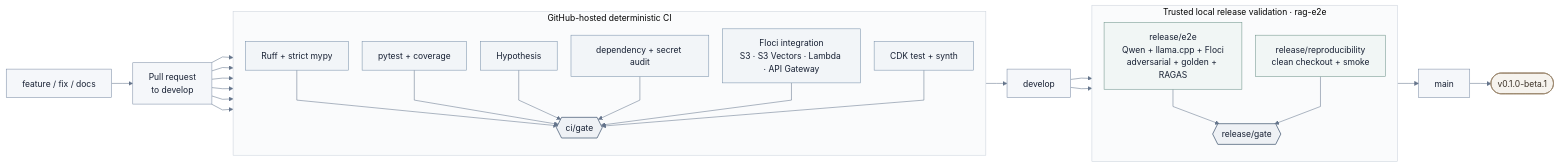
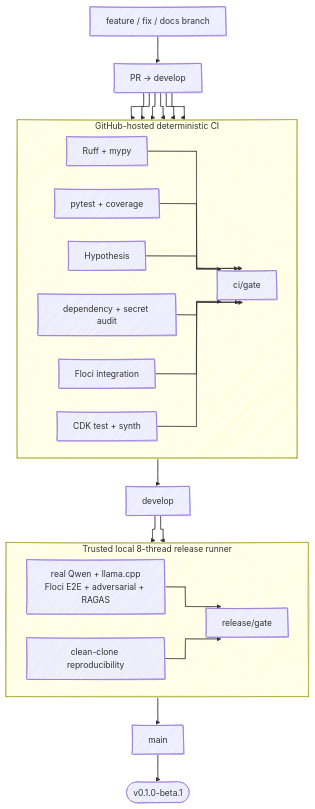
The third of 3 diagrams in README.md (dfc-coder/rag-ops-guard), drawn with Mermaid before and after one commit. The commit also changed other lines of this file, not shown here.

Commit message:
docs: restore original hand-drawn Mermaid diagrams

````diff
--- a/README.md
+++ b/README.md
@@ -280,73 +240,54 @@
 ```mermaid
 ---
 config:
-  look: classic
-  theme: base
-  themeVariables:
-    background: "#FCFCFD"
-    primaryColor: "#F5F7FA"
-    primaryTextColor: "#172033"
-    primaryBorderColor: "#B8C1CF"
-    lineColor: "#64748B"
-    clusterBkg: "#FAFBFC"
-    clusterBorder: "#CBD2DC"
-    fontFamily: "Inter, ui-sans-serif, system-ui, sans-serif"
+  look: handDrawn
+  handDrawnSeed: 41
   flowchart:
-    curve: linear
-    nodeSpacing: 26
-    rankSpacing: 40
+    curve: stepBefore
+    nodeSpacing: 42
+    rankSpacing: 50
 ---
-flowchart LR
-    Feature["feature / fix / docs"] --> PR["Pull request<br/>to develop"]
+flowchart TB
+    Feature["feature / fix / docs branch"] --> PR["PR → develop"]
 
     subgraph CI["GitHub-hosted deterministic CI"]
-      direction TB
-      Quality["Ruff + strict mypy"]
+      direction LR
+      Quality["Ruff + mypy"]
       Unit["pytest + coverage"]
       Property["Hypothesis"]
       Security["dependency + secret audit"]
-      Floci["Floci integration<br/>S3 · S3 Vectors · Lambda · API Gateway"]
+      Floci["Floci integration"]
       CDK["CDK test + synth"]
-      CIGate{{"ci/gate"}}
+      Gate["ci/gate"]
 
-      Quality --> CIGate
-      Unit --> CIGate
-      Property --> CIGate
-      Security --> CIGate
-      Floci --> CIGate
-      CDK --> CIGate
+      Quality --> Gate
+      Unit --> Gate
+      Property --> Gate
+      Security --> Gate
+      Floci --> Gate
+      CDK --> Gate
     end
 
     PR --> Quality
     PR --> Unit
     PR --> Property
     PR --> Security
     PR --> Floci
     PR --> CDK
-    CIGate --> Develop["develop"]
 
-    subgraph Release["Trusted local release validation · rag-e2e"]
-      direction TB
-      E2E["release/e2e<br/>Qwen + llama.cpp + Floci<br/>adversarial + golden + RAGAS"]
-      Repro["release/reproducibility<br/>clean checkout + smoke"]
-      ReleaseGate{{"release/gate"}}
+    Gate --> Develop["develop"]
+
+    subgraph Release["Trusted local 8-thread release runner"]
+      direction LR
+      E2E["real Qwen + llama.cpp<br/>Floci E2E + adversarial + RAGAS"]
+      Repro["clean-clone reproducibility"]
+      ReleaseGate["release/gate"]
       E2E --> ReleaseGate
       Repro --> ReleaseGate
     end
 
     Develop --> E2E
     Develop --> Repro
-    ReleaseGate --> Main["main"] --> Tag(["v0.1.0-beta.1"])
-
-    classDef dev fill:#F5F7FA,stroke:#7C8DA6,color:#172033,stroke-width:1px;
-    classDef ci fill:#F2F5F8,stroke:#7890AA,color:#172033,stroke-width:1px;
-    classDef release fill:#F1F6F5,stroke:#6F948B,color:#172033,stroke-width:1px;
-    classDef gate fill:#EEF1F5,stroke:#53657D,color:#172033,stroke-width:1.5px;
-    classDef final fill:#F6F3EE,stroke:#9A866D,color:#3A3025,stroke-width:1.5px;
-
-    class Feature,PR,Develop,Main dev;
-    class Quality,Unit,Property,Security,Floci,CDK ci;
-    class E2E,Repro release;
-    class CIGate,ReleaseGate gate;
-    class Tag final;
+    ReleaseGate --> Main["main"]
+    Main --> Tag(["v0.1.0-beta.1"])
 ```
````
